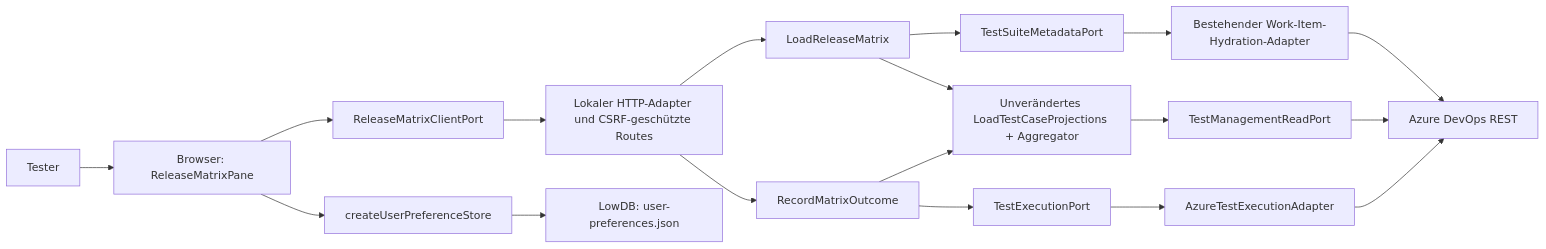
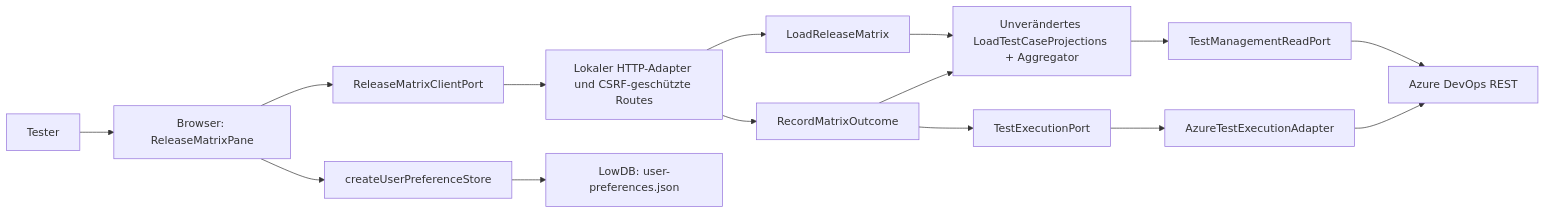
The diagram in docs/runbook/release-matrix.md (tensor-five/AzureTestOps), drawn with Mermaid before and after one commit. The commit also changed other lines of this file and 27 other files, not shown here.

````diff
--- a/docs/runbook/release-matrix.md
+++ b/docs/runbook/release-matrix.md
@@ -23,20 +23,17 @@
 ```mermaid
 flowchart LR
   User[Tester] --> UI[Browser: ReleaseMatrixPane]
   UI --> Port[ReleaseMatrixClientPort]
   Port --> HTTP[Lokaler HTTP-Adapter und CSRF-geschützte Routes]
   HTTP --> Read[LoadReleaseMatrix]
   HTTP --> Write[RecordMatrixOutcome]
   Read --> Existing[Unverändertes LoadTestCaseProjections + Aggregator]
-  Read --> Metadata[TestSuiteMetadataPort]
-  Metadata --> Hydration[Bestehender Work-Item-Hydration-Adapter]
-  Hydration --> ADO[Azure DevOps REST]
   Write --> Existing
   Write --> ExecPort[TestExecutionPort]
   Existing --> ReadPort[TestManagementReadPort]
   ReadPort --> ADO[Azure DevOps REST]
   ExecPort --> Adapter[AzureTestExecutionAdapter]
   Adapter --> ADO
   UI --> PrefStore[createUserPreferenceStore]
   PrefStore --> LowDB[LowDB: user-preferences.json]
 ```
````
